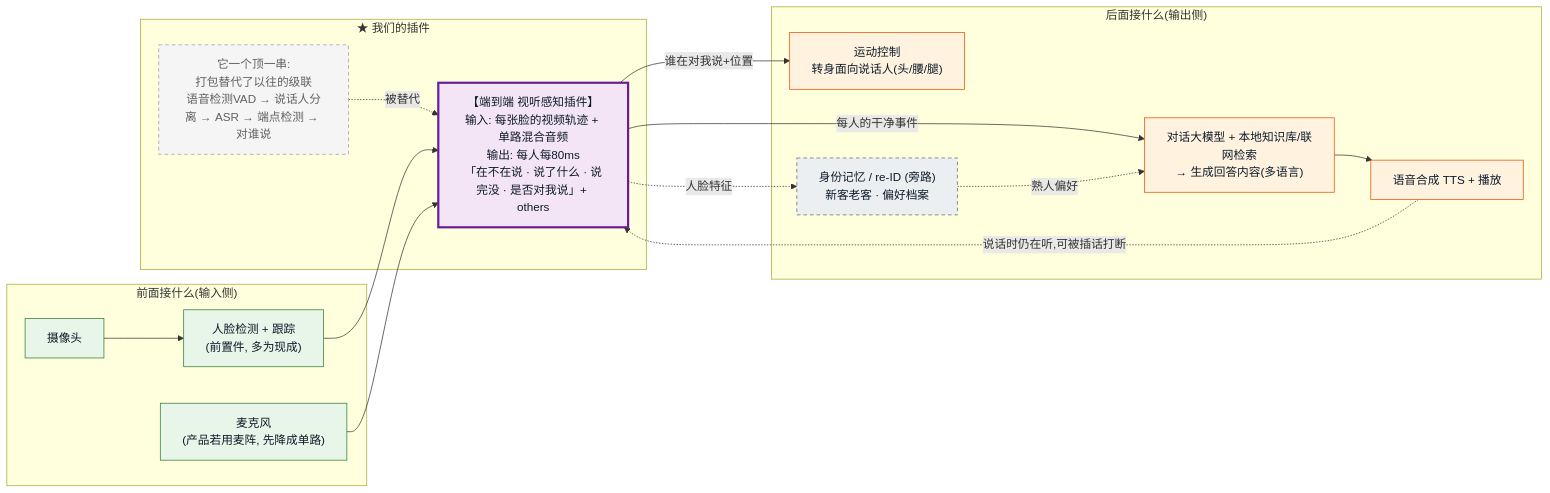
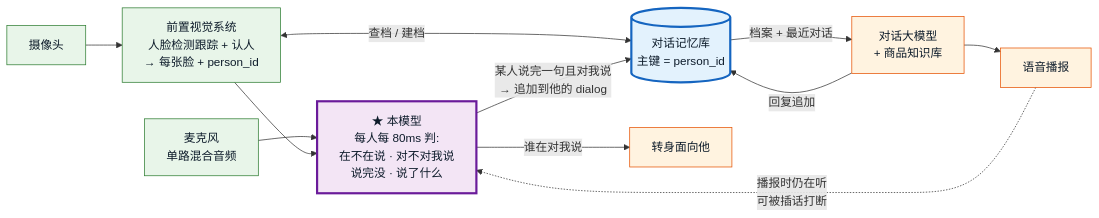
Before and after one commit to yutian929/SemanticVAD: the first of 2 diagrams in AV-SemanticVAD/docs/plan/cvpr-framing.md, drawn with Mermaid. The commit also changed other lines of this file and 4 other files, not shown here.

First line of the commit message:
docs(arch): 状态改为 X2-Turn 6 类，补模型边界与资源前提，图改 mermaid

````diff
--- a/AV-SemanticVAD/docs/plan/cvpr-framing.md
+++ b/AV-SemanticVAD/docs/plan/cvpr-framing.md
@@ -74,37 +23,19 @@
 ```mermaid
 flowchart LR
-    classDef up   fill:#e8f5e9,stroke:#2e7d32,color:#0d1b2a;
-    classDef plug fill:#f3e5f5,stroke:#6a1b9a,color:#0d1b2a,stroke-width:3px;
-    classDef old  fill:#f5f5f5,stroke:#9e9e9e,color:#616161,stroke-dasharray:5 4;
-    classDef down fill:#fff3e0,stroke:#e65100,color:#0d1b2a;
-    classDef mem  fill:#eceff1,stroke:#546e7a,color:#0d1b2a,stroke-dasharray:5 4;
+    classDef sense fill:#e8f5e9,stroke:#2e7d32,color:#0d1b2a;
+    classDef core  fill:#f3e5f5,stroke:#6a1b9a,color:#0d1b2a,stroke-width:3px;
+    classDef db    fill:#e3f2fd,stroke:#1565c0,color:#0d1b2a,stroke-width:3px;
+    classDef act   fill:#fff3e0,stroke:#e65100,color:#0d1b2a;
 
-    subgraph IN["前面接什么(输入侧)"]
-        CAM["摄像头"]:::up
-        MIC["麦克风<br/>(产品若用麦阵, 先降成单路)"]:::up
-        TRACK["人脸检测 + 跟踪<br/>(前置件, 多为现成)"]:::up
-        CAM --> TRACK
-    end
+    CAM["摄像头"]:::sense --> VIS["前置视觉系统<br/>人脸检测跟踪 + 认人<br/>→ 每张脸 + person_id"]:::sense
+    MIC["麦克风<br/>单路混合音频"]:::sense --> M
+    VIS --> M["★ 本模型<br/>每人每 80ms 判:<br/>在不在说 · 对不对我说<br/>说完没 · 说了什么"]:::core
 
-    subgraph CORE["★ 我们的插件"]
-        PLUG["【端到端 视听感知插件】<br/>输入: 每张脸的视频轨迹 + 单路混合音频<br/>输出: 每人每80ms<br/>「在不在说 · 说了什么 · 说完没 · 是否对我说」+ others"]:::plug
-        OLD["它一个顶一串:<br/>打包替代了以往的级联<br/>语音检测VAD → 说话人分离 → ASR → 端点检测 → 对谁说"]:::old
-        OLD -. 被替代 .-> PLUG
-    end
-
-    subgraph OUT["后面接什么(输出侧)"]
-        LLM["对话大模型 + 本地知识库/联网检索<br/>→ 生成回答内容(多语言)"]:::down
-        MOTOR["运动控制<br/>转身面向说话人(头/腰/腿)"]:::down
-        TTS["语音合成 TTS + 播放"]:::down
-        MEM["身份记忆 / re-ID (旁路)<br/>新客老客 · 偏好档案"]:::mem
-    end
-
-    TRACK --> PLUG
-    MIC --> PLUG
-    PLUG -->|"每人的干净事件"| LLM
-    PLUG -->|"谁在对我说+位置"| MOTOR
-    PLUG -.->|"人脸特征"| MEM
-    MEM -.->|"熟人偏好"| LLM
-    LLM --> TTS
-    TTS -. "说话时仍在听,可被插话打断" .-> PLUG
+    VIS <-->|"查档 / 建档"| DB[("对话记忆库<br/>主键 = person_id")]:::db
+    M -->|"某人说完一句且对我说<br/>→ 追加到他的 dialog"| DB
+    DB -->|"档案 + 最近对话"| LLM["对话大模型<br/>+ 商品知识库"]:::act
+    LLM -->|"回复追加"| DB
+    LLM --> TTS["语音播报"]:::act
+    M -->|"谁在对我说"| MOT["转身面向他"]:::act
+    TTS -.->|"播报时仍在听<br/>可被插话打断"| M
 ```
````
